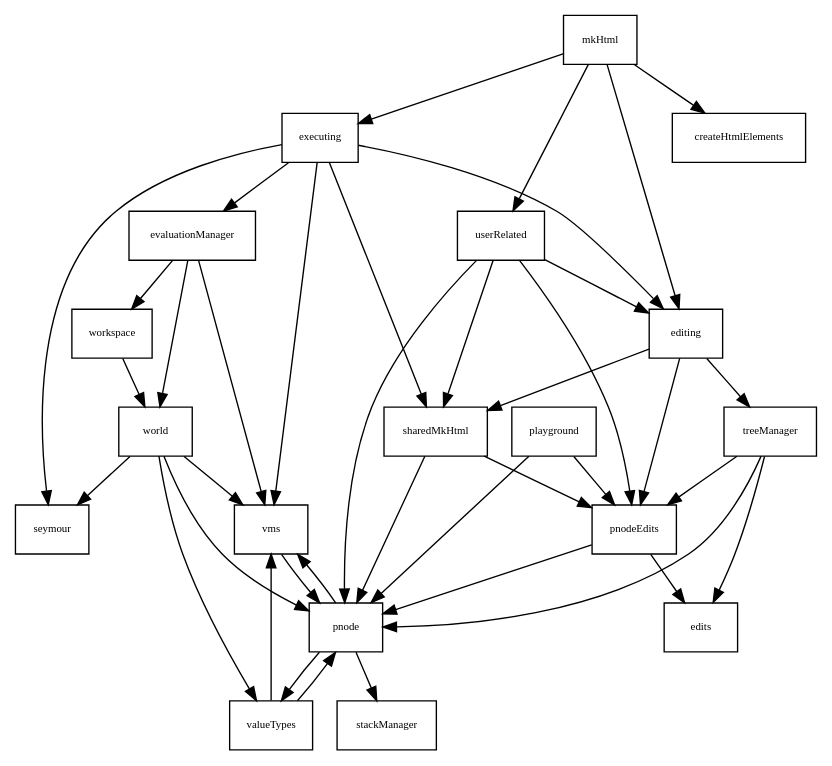
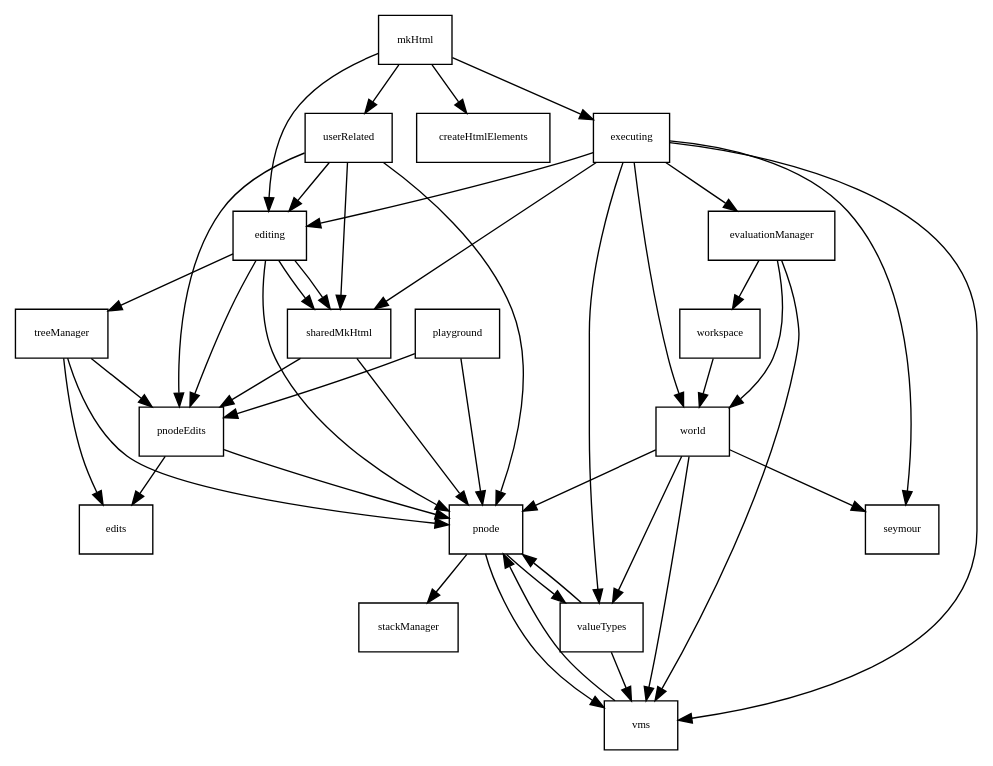
One commit to theodore-norvell/PLAAY changed the diagram in typescriptSrc/dependence.gv. Above: the diagram before and after it, drawn with Graphviz. The commit also changed 2 other files, not shown here.

Commit message:
Started updating dependence.gv. Moved dependence on TurtleWorld out evaluationManager.

```diff
--- a/typescriptSrc/dependence.gv
+++ b/typescriptSrc/dependence.gv
@@ -1,81 +1,84 @@
 digraph Depends {
 
    gsize="8,6"; ratio=fill;
    node[fontsize=8, shape=rectangle];
 
    //edits -> assert ;
    //edits -> collections ;
 
+   editing -> sharedMkHtml ;
+   editing -> pnode ;
+   editing -> pnodeEdits ;
+   editing -> sharedMkHtml ;
+   editing -> treeManager ;
+
    evaluationManager -> vms ;
    evaluationManager -> workspace ;
    evaluationManager -> world ;
 
-   editing -> sharedMkHtml ;
-   editing -> pnodeEdits ;
-   editing -> treeManager ;
-
-   executing -> sharedMkHtml ;
    executing -> editing ;
    executing -> evaluationManager ;
    executing -> seymour ;
+   executing -> sharedMkHtml ;
+   executing -> valueTypes ;
    executing -> vms ;
-
+   executing -> world ;
 
    mkHtml -> createHtmlElements ;
    mkHtml -> executing ;
    mkHtml -> editing ;
    mkHtml -> userRelated ;
 
    //pageManipulation -> assert ;
    //pageManipulation -> collections ;
 
    //playground -> assert ;
    //playground -> collections ;
    playground -> pnode ;
    playground -> pnodeEdits ;
 
    //pnode -> assert ;
    //pnode -> collections ;
    pnode -> stackManager ;
    pnode -> valueTypes ;
    pnode -> vms ;
 
    //pnodeEdits -> assert ;
    //pnodeEdits -> collections ;
    pnodeEdits -> edits ;
    pnodeEdits -> pnode ;
 
    sharedMkHtml -> pnode ;
    sharedMkHtml -> pnodeEdits ;
 
    //treeManager -> asssert ;
    //treeManager -> collections ;
    treeManager -> edits ;
    treeManager -> pnode ;
    treeManager -> pnodeEdits ;
 
    userRelated -> editing ;
    userRelated -> pnodeEdits ;
    userRelated -> pnode ;
    userRelated -> sharedMkHtml ;
    
    //turtleTest -> seymour ;
 
    //valueTypes -> assert ;
    //valueTypes -> collections ;
    valueTypes -> pnode ;
    valueTypes -> vms ;
 
    //vms -> assert ;
    //vms -> collections ;
    vms -> pnode ;
 
    workspace -> world ;
 
    //world -> assert ;
    //world -> collections ;
    world -> pnode ;
    world -> seymour ;
    world -> valueTypes ;
    world -> vms ;
 }
```
